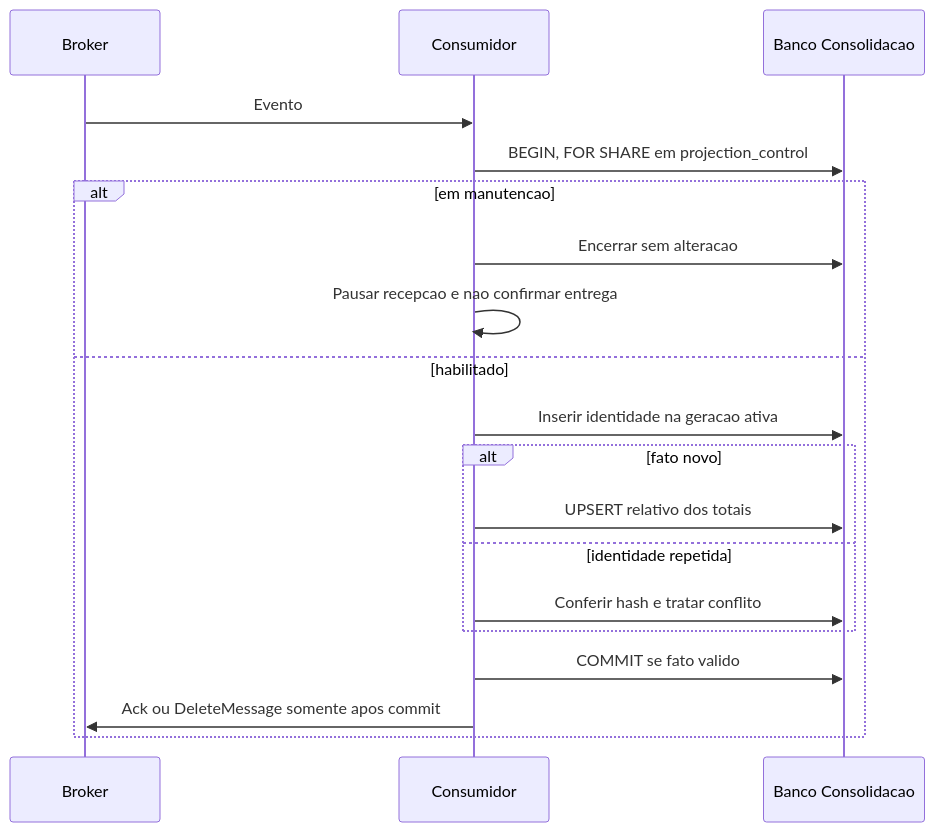
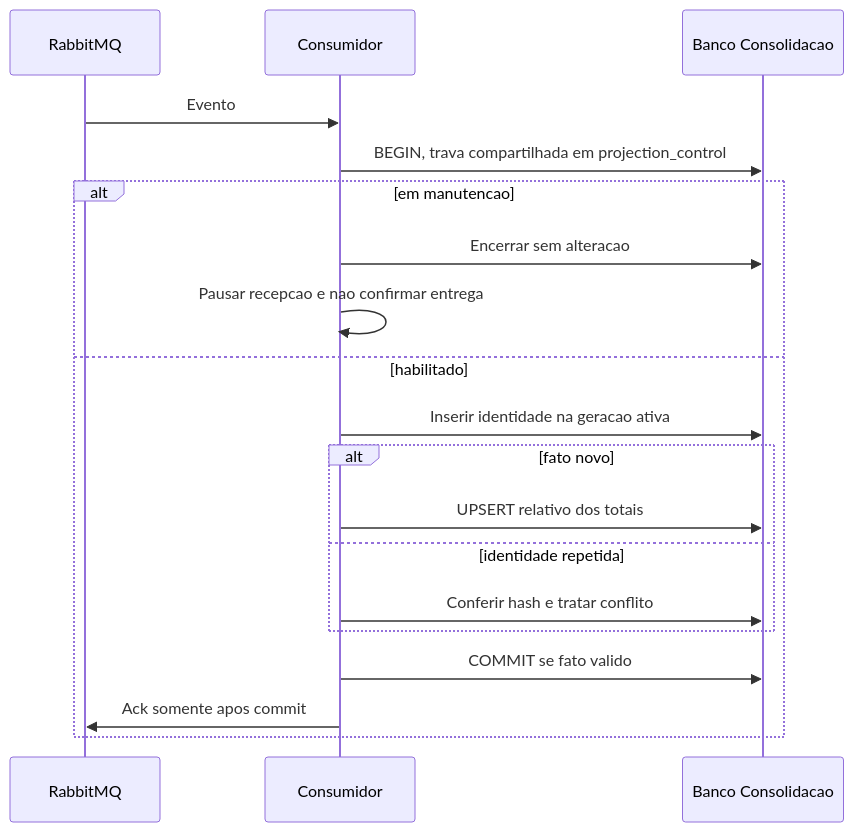
Before and after one commit to ThiagoFerraciolli/cash-flow-architecture: the third of 4 diagrams in docs/04-visoes/visoes-dinamicas.md, drawn with Mermaid. The commit also changed other lines of this file, not shown here.

````diff
--- a/docs/04-visoes/visoes-dinamicas.md
+++ b/docs/04-visoes/visoes-dinamicas.md
@@ -47,21 +47,21 @@
 ```mermaid
 sequenceDiagram
-    participant Q as Broker
+    participant Q as RabbitMQ
     participant W as Consumidor
     participant D as Banco Consolidacao
     Q->>W: Evento
-    W->>D: BEGIN, FOR SHARE em projection_control
+    W->>D: BEGIN, trava compartilhada em projection_control
     alt em manutencao
         W->>D: Encerrar sem alteracao
         W->>W: Pausar recepcao e nao confirmar entrega
     else habilitado
         W->>D: Inserir identidade na geracao ativa
         alt fato novo
             W->>D: UPSERT relativo dos totais
         else identidade repetida
             W->>D: Conferir hash e tratar conflito
         end
         W->>D: COMMIT se fato valido
-        W->>Q: Ack ou DeleteMessage somente apos commit
+        W->>Q: Ack somente apos commit
     end
 ```
````
